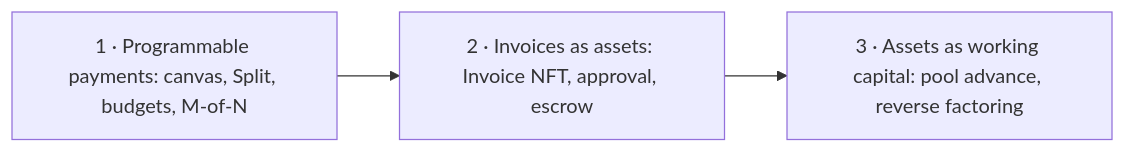
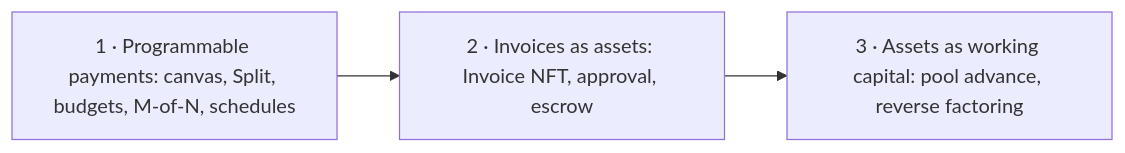
The first of 2 diagrams in docs/product/prd.md (HoangDucBach/zal), drawn with Mermaid before and after one commit. The commit also changed other lines of this file and 1 other file, not shown here.

````diff
--- a/docs/product/prd.md
+++ b/docs/product/prd.md
@@ -17,5 +25,5 @@
 ```mermaid
 flowchart LR
-    A["1 · Programmable payments: canvas, Split, budgets, M-of-N"] --> B["2 · Invoices as assets: Invoice NFT, approval, escrow"]
+    A["1 · Programmable payments: canvas, Split, budgets, M-of-N, schedules"] --> B["2 · Invoices as assets: Invoice NFT, approval, escrow"]
     B --> C["3 · Assets as working capital: pool advance, reverse factoring"]
 ```
````
